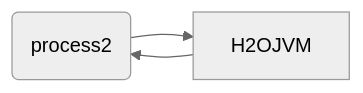
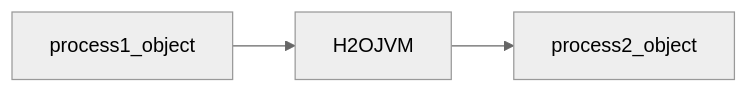
The diagram in _posts/2019-02-01-multiprocess context.md (ghk829/ghk829.github.io), drawn with Mermaid (neutral theme) before and after one commit.

Commit message:
성공이닷~!

````diff
--- a/_posts/2019-02-01-multiprocess context.md
+++ b/_posts/2019-02-01-multiprocess context.md
@@ -62,8 +62,8 @@
 ``` mermaid
 graph LR
 
-PyObject --> H2OJVM
+process1_object --> H2OJVM
 
-H2OJVM --> PyObject(process2)
+H2OJVM --> process2_object
 
 ```
````
